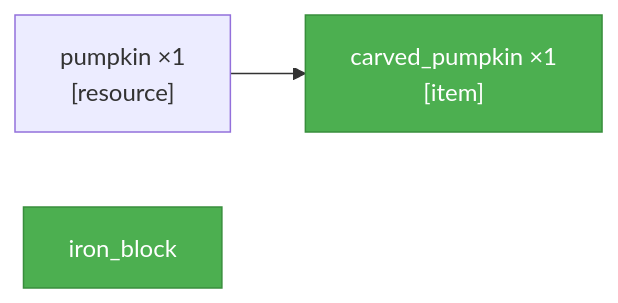
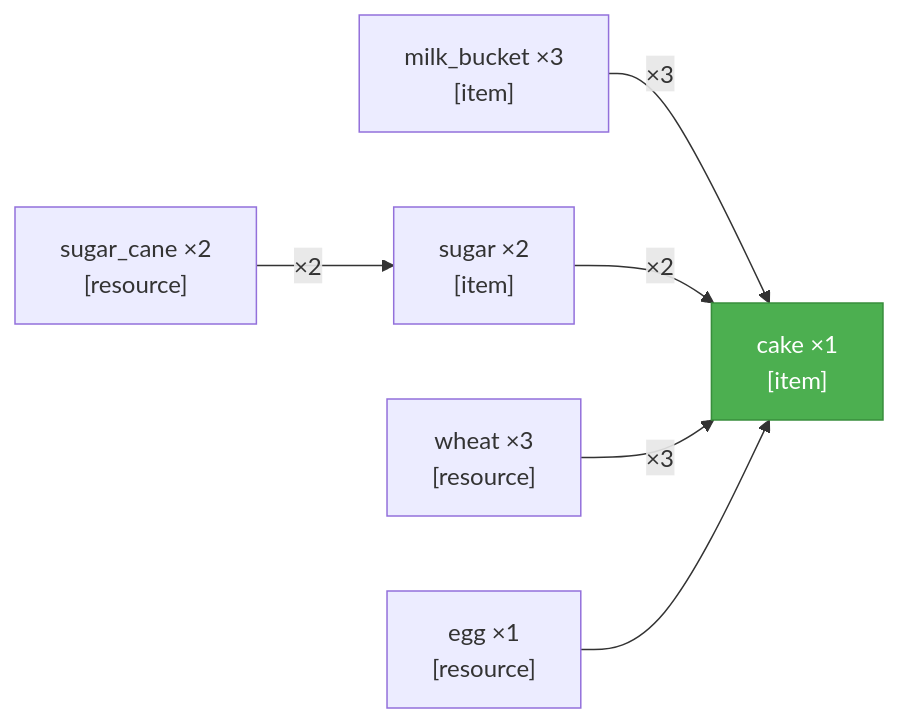
Before and after one commit to tomfenno/embodied-intelligence-minecraft: the diagram in achievement_hunter/rollout_live/current_scsg.md, drawn with Mermaid. The commit also changed other lines of this file and 37 other files, not shown here.

````diff
--- a/achievement_hunter/rollout_live/current_scsg.md
+++ b/achievement_hunter/rollout_live/current_scsg.md
@@ -4,8 +4,15 @@
 ```mermaid
 graph LR
-    carved_pumpkin["carved_pumpkin ×1<br/>[item]"]
-    pumpkin["pumpkin ×1<br/>[resource]"]
-    pumpkin -->carved_pumpkin
-    style iron_block fill:#4CAF50,color:#fff,stroke:#388E3C
-    style carved_pumpkin fill:#4CAF50,color:#fff,stroke:#388E3C
+    cake["cake ×1<br/>[item]"]
+    milk_bucket["milk_bucket ×3<br/>[item]"]
+    sugar["sugar ×2<br/>[item]"]
+    wheat["wheat ×3<br/>[resource]"]
+    egg["egg ×1<br/>[resource]"]
+    sugar_cane["sugar_cane ×2<br/>[resource]"]
+    milk_bucket -->|"×3"| cake
+    sugar -->|"×2"| cake
+    wheat -->|"×3"| cake
+    egg -->cake
+    sugar_cane -->|"×2"| sugar
+    style cake fill:#4CAF50,color:#fff,stroke:#388E3C
 ```
````
